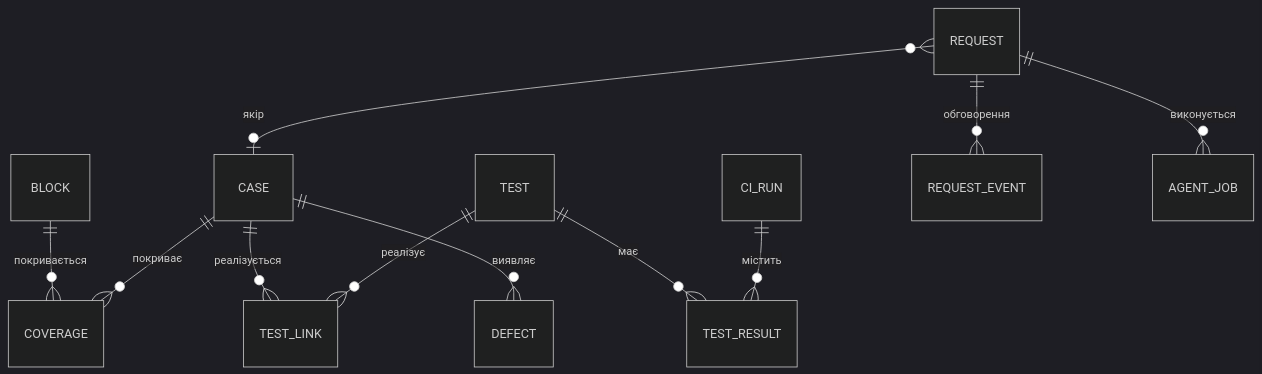
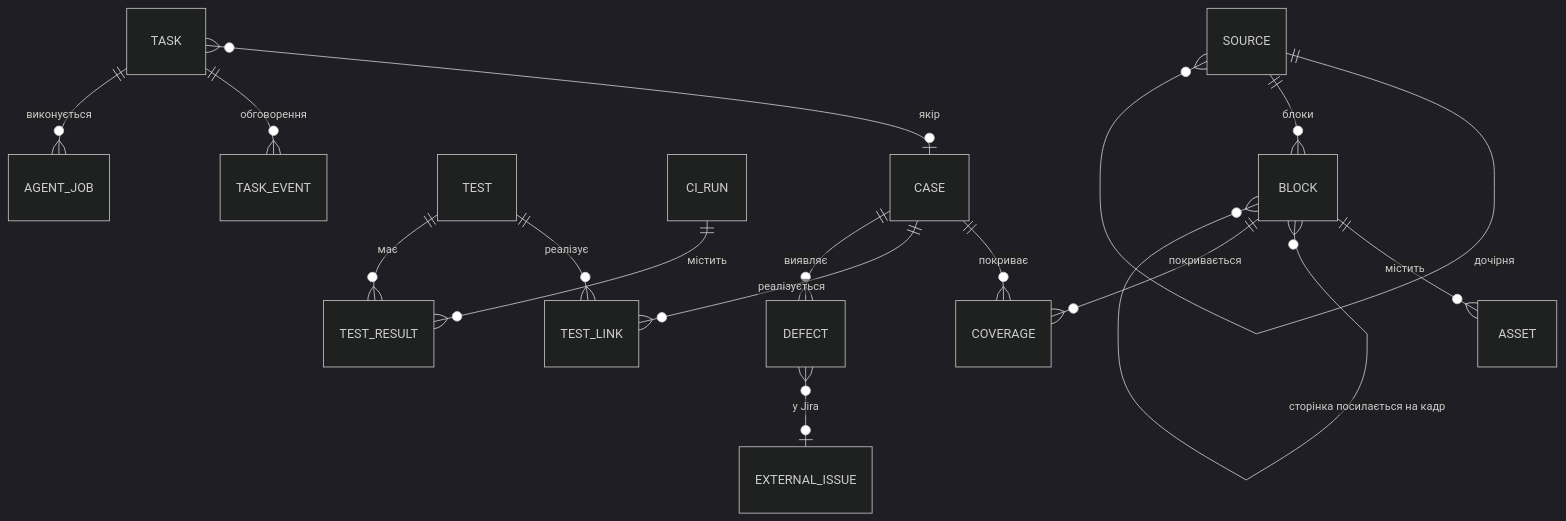
The third of 5 diagrams in docs/agent-driven-qa-plan.md (wataschi/Jules_QA), drawn with Mermaid (dark theme) before and after one commit. The commit also changed other lines of this file, not shown here.

First line of the commit message:
План: модель розробника, входи Confluence, Figma і Jira

````diff
--- a/docs/agent-driven-qa-plan.md
+++ b/docs/agent-driven-qa-plan.md
@@ -268,13 +404,18 @@
 ```mermaid
 erDiagram
+  SOURCE ||--o{ SOURCE : "дочірня"
+  SOURCE ||--o{ BLOCK : "блоки"
+  BLOCK ||--o{ ASSET : "містить"
+  BLOCK }o--o{ BLOCK : "сторінка посилається на кадр"
   BLOCK ||--o{ COVERAGE : "покривається"
   CASE ||--o{ COVERAGE : "покриває"
   CASE ||--o{ TEST_LINK : "реалізується"
   TEST ||--o{ TEST_LINK : "реалізує"
   TEST ||--o{ TEST_RESULT : "має"
   CI_RUN ||--o{ TEST_RESULT : "містить"
-  REQUEST }o--o| CASE : "якір"
-  REQUEST ||--o{ REQUEST_EVENT : "обговорення"
-  REQUEST ||--o{ AGENT_JOB : "виконується"
+  TASK }o--o| CASE : "якір"
+  TASK ||--o{ TASK_EVENT : "обговорення"
+  TASK ||--o{ AGENT_JOB : "виконується"
   CASE ||--o{ DEFECT : "виявляє"
+  DEFECT }o--o| EXTERNAL_ISSUE : "у Jira"
 ```
````
